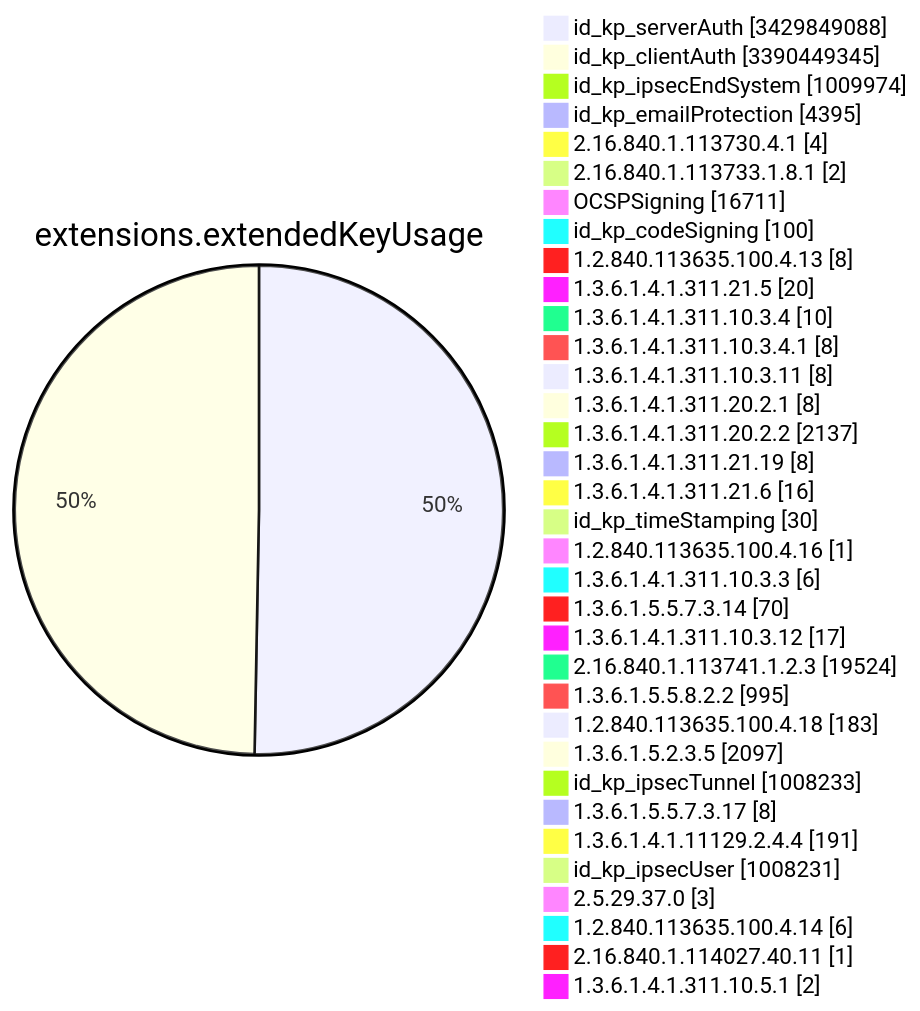
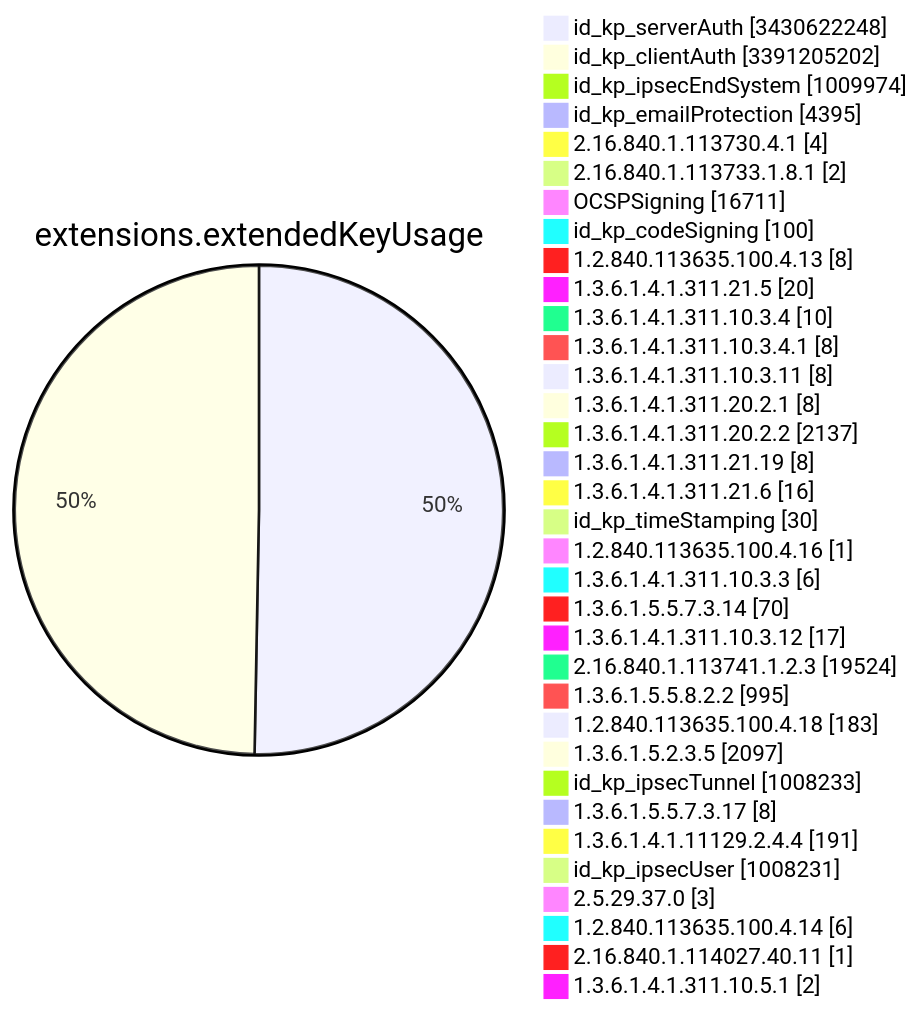
One commit to christiankrug/ctmonitor_visualization changed diagram 11 of 15 in TOTAL/README.md. Above: the diagram before and after it, drawn with Mermaid. The commit also changed other lines of this file, not shown here.

````diff
--- a/TOTAL/README.md
+++ b/TOTAL/README.md
@@ -4122,38 +4122,38 @@
 ```mermaid
 pie showData
 title extensions.extendedKeyUsage
-"id_kp_serverAuth" :3429849088
-"id_kp_clientAuth" :3390449345
+"id_kp_serverAuth" :3430622248
+"id_kp_clientAuth" :3391205202
 "id_kp_ipsecEndSystem" :1009974
 "id_kp_emailProtection" :4395
 "2.16.840.1.113730.4.1" :4
 "2.16.840.1.113733.1.8.1" :2
 "OCSPSigning" :16711
 "id_kp_codeSigning" :100
 "1.2.840.113635.100.4.13" :8
 "1.3.6.1.4.1.311.21.5" :20
 "1.3.6.1.4.1.311.10.3.4" :10
 "1.3.6.1.4.1.311.10.3.4.1" :8
 "1.3.6.1.4.1.311.10.3.11" :8
 "1.3.6.1.4.1.311.20.2.1" :8
 "1.3.6.1.4.1.311.20.2.2" :2137
 "1.3.6.1.4.1.311.21.19" :8
 "1.3.6.1.4.1.311.21.6" :16
 "id_kp_timeStamping" :30
 "1.2.840.113635.100.4.16" :1
 "1.3.6.1.4.1.311.10.3.3" :6
 "1.3.6.1.5.5.7.3.14" :70
 "1.3.6.1.4.1.311.10.3.12" :17
 "2.16.840.1.113741.1.2.3" :19524
 "1.3.6.1.5.5.8.2.2" :995
 "1.2.840.113635.100.4.18" :183
 "1.3.6.1.5.2.3.5" :2097
 "id_kp_ipsecTunnel" :1008233
 "1.3.6.1.5.5.7.3.17" :8
 "1.3.6.1.4.1.11129.2.4.4" :191
 "id_kp_ipsecUser" :1008231
 "2.5.29.37.0" :3
 "1.2.840.113635.100.4.14" :6
 "2.16.840.1.114027.40.11" :1
 "1.3.6.1.4.1.311.10.5.1" :2
 ```
````
